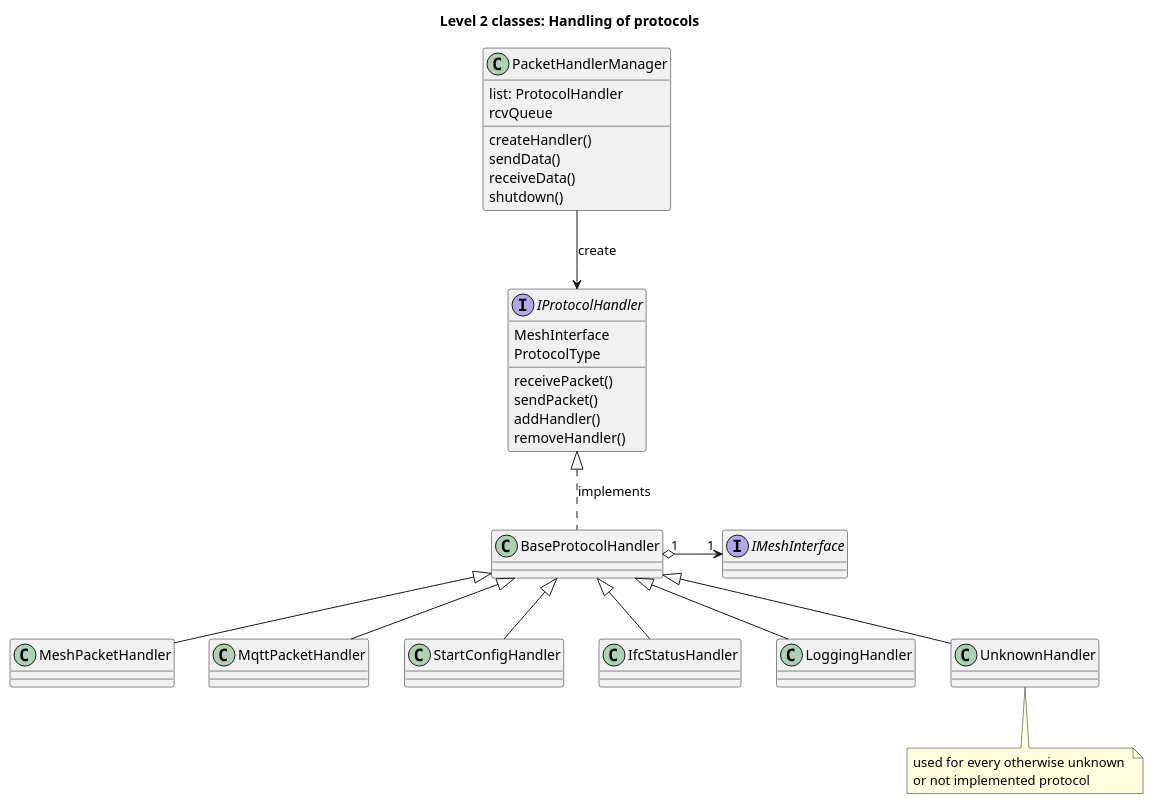
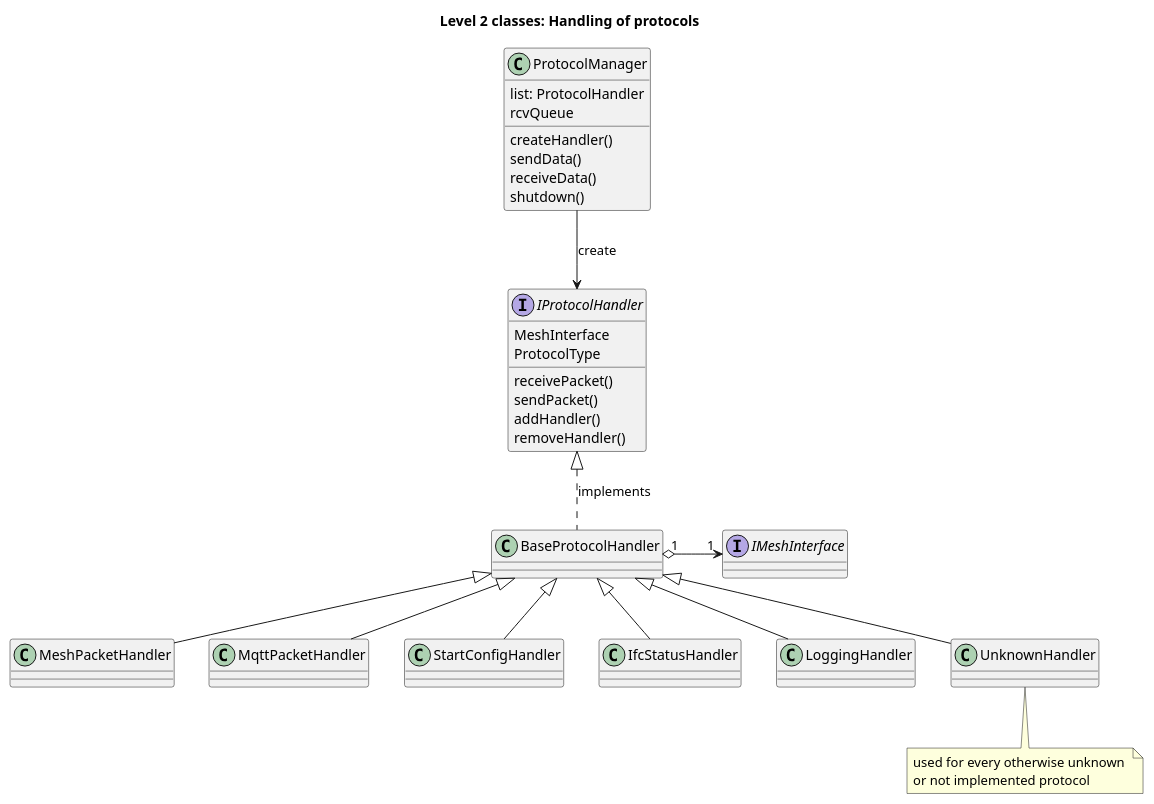
The fourth of 8 diagrams in meshtastic/devdoc/Architecture.md (juergenRe/python), drawn with PlantUML before and after one commit. The commit also changed other lines of this file and 1 other file, not shown here.

Commit message:
intermediate state: refining architecture doc and implementing first draft of MeshModel

````diff
--- a/meshtastic/devdoc/Architecture.md
+++ b/meshtastic/devdoc/Architecture.md
@@ -329,42 +329,42 @@
 ```plantuml
 title Level 2 classes: Handling of protocols
 interface IMeshInterface {}
 
 interface IProtocolHandler {
     MeshInterface
     ProtocolType
     receivePacket()
     sendPacket()
     addHandler()
     removeHandler()
 }
 class BaseProtocolHandler 
 class MeshPacketHandler
 
-class PacketHandlerManager{
+class ProtocolManager{
     list: ProtocolHandler
     rcvQueue
     createHandler()
     sendData()
     receiveData()
     shutdown()
 }
 
 
 BaseProtocolHandler .up.|>IProtocolHandler: implements
 BaseProtocolHandler <|-- MeshPacketHandler
 BaseProtocolHandler <|-- MqttPacketHandler
 BaseProtocolHandler <|-- StartConfigHandler 
 BaseProtocolHandler <|-- IfcStatusHandler 
 BaseProtocolHandler <|-- LoggingHandler 
 BaseProtocolHandler <|-- UnknownHandler 
 BaseProtocolHandler "1" o-> "1" IMeshInterface: "       "
 
-PacketHandlerManager --> IProtocolHandler: create
+ProtocolManager --> IProtocolHandler: create
 
 note bottom of UnknownHandler
     used for every otherwise unknown 
     or not implemented protocol
 end note
 
 ```
````
